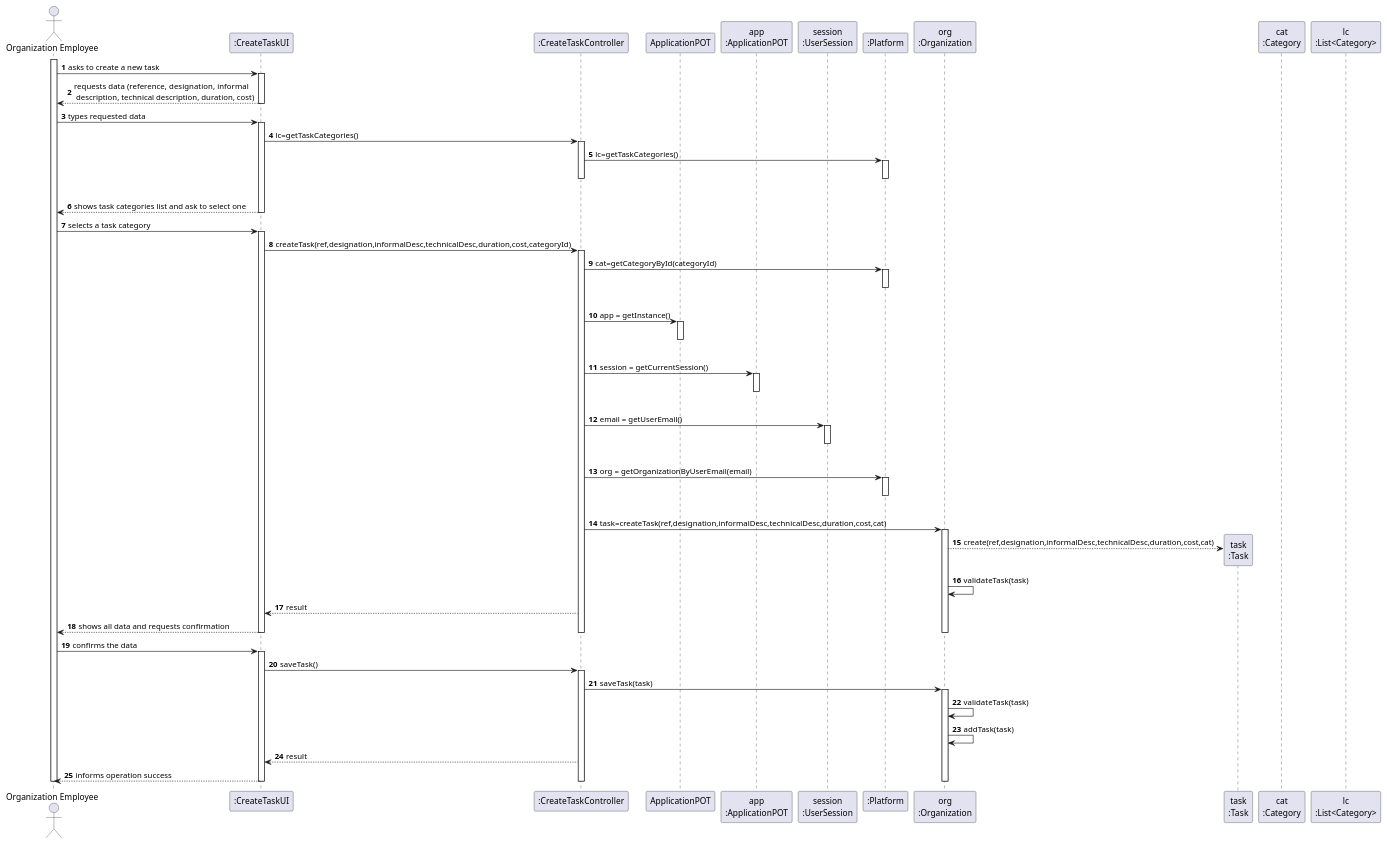
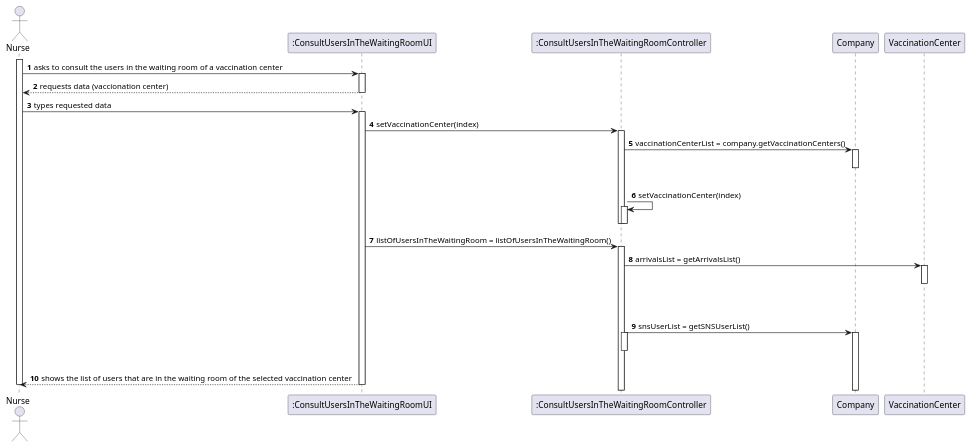
One commit to Pirussa/lei-22-s2-1da-g02 changed the diagram in docs/SprintC/US005/US005_SD.puml. Above: the diagram before and after it, drawn with PlantUML. The commit also changed 9 other files, not shown here.

Commit message:
US005 - Tests - All tests are 100% working. US005 - Modularization - Sequence Diagram done, aswell as some slight adjustments on the CD and the SSD.

```diff
--- a/docs/SprintC/US005/US005_SD.puml
+++ b/docs/SprintC/US005/US005_SD.puml
@@ -1,104 +1,58 @@
 @startuml
 autonumber
 'hide footbox
-actor "Organization Employee" as ADM
+actor "Nurse" as N
 
-participant ":CreateTaskUI" as UI
-participant ":CreateTaskController" as CTRL
-participant "ApplicationPOT" as _APP
-participant "app\n:ApplicationPOT" as APP
-participant "session\n:UserSession" as SESSAO
-participant ":Platform" as PLAT
-participant "org\n:Organization" as ORG
-participant "task\n:Task" as TAREFA
-participant "cat\n:Category" as CAT
-participant "lc\n:List<Category>" as LIST_CAT
+participant ":ConsultUsersInTheWaitingRoomUI" as UI
+participant ":ConsultUsersInTheWaitingRoomController" as CTRL
+participant "Company" as COMPANY
+participant "VaccinationCenter" as VC
 
-activate ADM
-ADM -> UI : asks to create a new task
+
+activate N
+N -> UI : asks to consult the users in the waiting room of a vaccination center
 activate UI
-UI --> ADM : requests data (reference, designation,  informal \n description, technical description, duration, cost)
+UI --> N : requests data (vaccionation center)
 deactivate UI
 
-ADM -> UI : types requested data
+N -> UI : types requested data
 activate UI
 
-UI -> CTRL : lc=getTaskCategories()
+UI -> CTRL : setVaccinationCenter(index)
 activate CTRL
 
-CTRL -> PLAT : lc=getTaskCategories()
-activate PLAT
+CTRL -> COMPANY : vaccinationCenterList = company.getVaccinationCenters()
+activate COMPANY
 |||
-deactivate PLAT
+deactivate COMPANY
+CTRL -> CTRL :setVaccinationCenter(index)
+activate CTRL
 deactivate CTRL
 
-UI --> ADM : shows task categories list and ask to select one
-deactivate PLAT
+
+deactivate CTRL
+
+UI -> CTRL : listOfUsersInTheWaitingRoom = listOfUsersInTheWaitingRoom()
+activate CTRL
+CTRL -> VC : arrivalsList = getArrivalsList()
+
+activate VC
+|||
+
+deactivate VC
+
+|||
+
+
+CTRL -> COMPANY : snsUserList = getSNSUserList()
+activate COMPANY
+activate CTRL
+|||
+deactivate CTRL
+
+UI --> N : shows the list of users that are in the waiting room of the selected vaccination center
 deactivate UI
 
-ADM -> UI : selects a task category
-activate UI
-
-UI -> CTRL : createTask(ref,designation,informalDesc,technicalDesc,duration,cost,categoryId)
-activate CTRL
-
-CTRL -> PLAT : cat=getCategoryById(categoryId)
-activate PLAT
-|||
-deactivate PLAT
-
-CTRL -> _APP: app = getInstance()
-activate _APP
-|||
-deactivate _APP
-
-CTRL -> APP: session = getCurrentSession()
-activate APP
-|||
-deactivate APP
-
-CTRL -> SESSAO: email = getUserEmail()
-activate SESSAO
-|||
-deactivate SESSAO
-
-CTRL -> PLAT: org = getOrganizationByUserEmail(email)
-activate PLAT
-|||
-deactivate PLAT
-
-CTRL -> ORG: task=createTask(ref,designation,informalDesc,technicalDesc,duration,cost,cat)
-activate ORG
-
-ORG --> TAREFA**: create(ref,designation,informalDesc,technicalDesc,duration,cost,cat)
-ORG -> ORG: validateTask(task)
-
-CTRL --> UI: result
-
-UI --> ADM: shows all data and requests confirmation
-deactivate ORG
-deactivate PLAT
-deactivate CTRL
-deactivate UI
-
-ADM -> UI : confirms the data
-activate UI
-UI -> CTRL : saveTask()
-activate CTRL
-
-CTRL -> ORG : saveTask(task)
-activate ORG
-
-ORG -> ORG: validateTask(task)
-ORG -> ORG: addTask(task)
-
-CTRL --> UI: result
-
-UI --> ADM : informs operation success
-deactivate ORG
-deactivate CTRL
-deactivate UI
-
-deactivate ADM
+deactivate N
 
 @enduml
```
